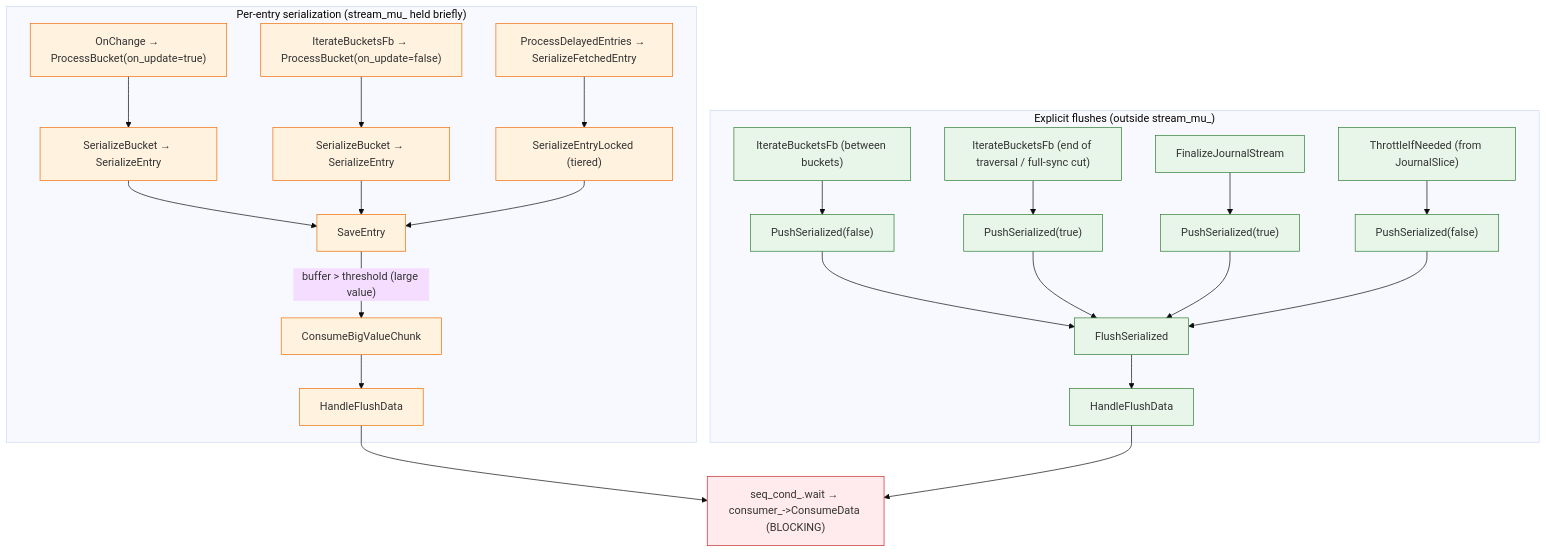
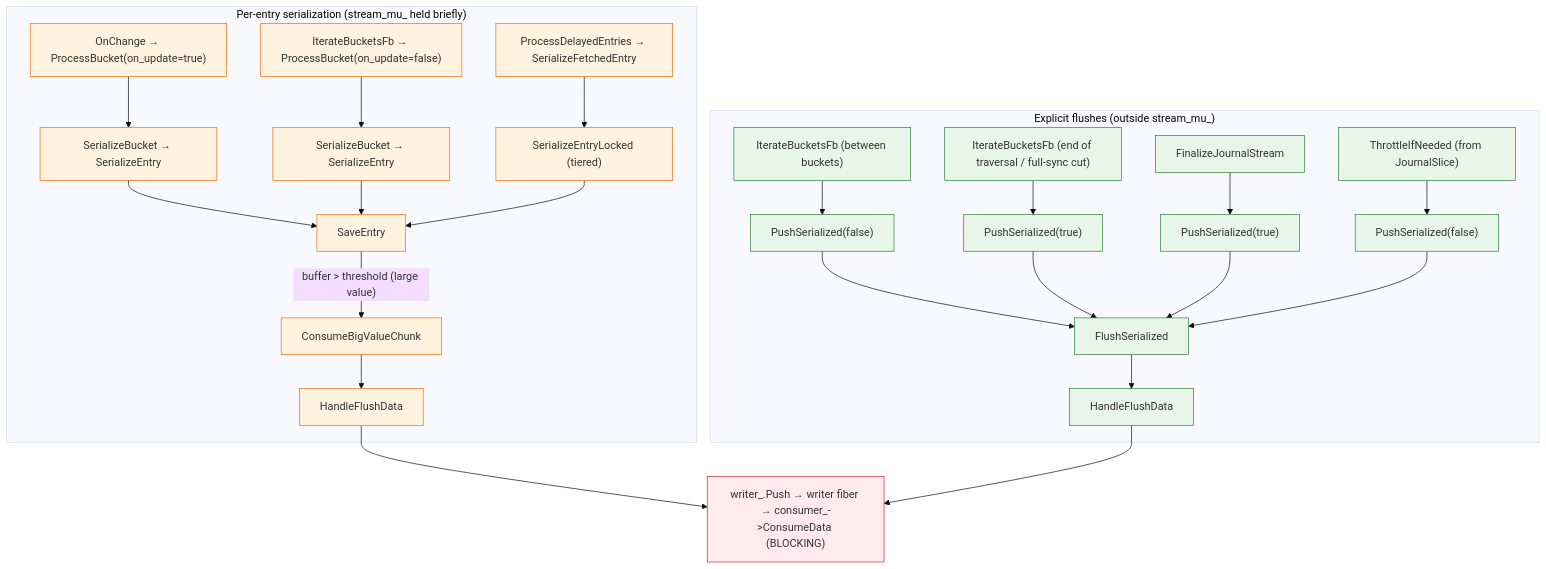
The second of 2 diagrams in docs/shard-serialization.md (dragonflydb/dragonfly), drawn with Mermaid (base theme) before and after one commit. The commit also changed other lines of this file and 2 other files, not shown here.

First line of the commit message:
refactor(snapshot): replace the seq_cond_ ordering gate with QueuedSinkWriter

````diff
--- a/docs/shard-serialization.md
+++ b/docs/shard-serialization.md
@@ -536,35 +546,35 @@
 ```mermaid
 flowchart TD
   subgraph PERENTRY["Per-entry serialization (stream_mu_ held briefly)"]
     A1["OnChange → ProcessBucket(on_update=true)"] --> SBL1["SerializeBucket → SerializeEntry"]
     A2["IterateBucketsFb → ProcessBucket(on_update=false)"] --> SBL2["SerializeBucket → SerializeEntry"]
     A3["ProcessDelayedEntries → SerializeFetchedEntry"] --> SBL3["SerializeEntryLocked (tiered)"]
     SBL1 --> SE["SaveEntry"]
     SBL2 --> SE
     SBL3 --> SE
     SE -->|"buffer > threshold (large value)"| CBC["ConsumeBigValueChunk"]
     CBC --> HFD1[HandleFlushData]
   end
 
   subgraph EXPLICIT["Explicit flushes (outside stream_mu_)"]
     B1["IterateBucketsFb (between buckets)"] --> PS1["PushSerialized(false)"]
     B2["IterateBucketsFb (end of traversal / full-sync cut)"] --> PS2["PushSerialized(true)"]
     B3["FinalizeJournalStream"] --> PS3["PushSerialized(true)"]
     B4["ThrottleIfNeeded (from JournalSlice)"] --> PS4["PushSerialized(false)"]
     PS1 --> FS[FlushSerialized]
     PS2 --> FS
     PS3 --> FS
     PS4 --> FS
     FS --> HFD2[HandleFlushData]
   end
 
-  HFD1 --> BLOCK["seq_cond_.wait → consumer_->ConsumeData (BLOCKING)"]
+  HFD1 --> BLOCK["writer_.Push → writer fiber → consumer_->ConsumeData (BLOCKING)"]
   HFD2 --> BLOCK
 
   classDef perentry fill:#FFF3E0,stroke:#EF6C00;
   classDef explicit fill:#E8F5E9,stroke:#2E7D32;
   classDef block fill:#FFEBEE,stroke:#C62828;
   class A1,A2,A3,SBL1,SBL2,SBL3,SE,CBC,HFD1 perentry;
   class B1,B2,B3,B4,PS1,PS2,PS3,PS4,FS,HFD2 explicit;
   class BLOCK block;
 ```
````
